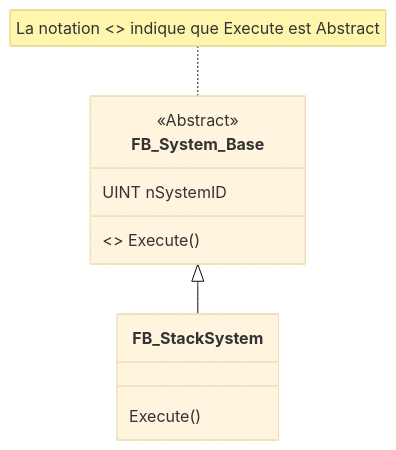
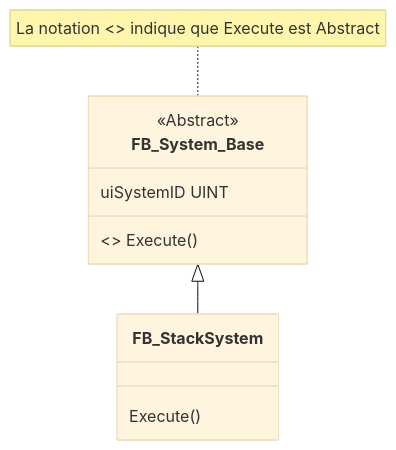
Before and after one commit to hei-synd-aaut/aaut-docs: the seventh of 8 diagrams in AAut_MOD_01_IEC_61131_OOP_Introduction/README Reference.md, drawn with Mermaid (base theme). The commit also changed other lines of this file and 12 other files, not shown here.

````diff
--- a/AAut_MOD_01_IEC_61131_OOP_Introduction/README Reference.md
+++ b/AAut_MOD_01_IEC_61131_OOP_Introduction/README Reference.md
@@ -1006,16 +1006,16 @@
 ```mermaid
 classDiagram
     class FB_System_Base {
-        UINT nSystemID
+        uiSystemID UINT 
         <<Abstract>> Execute()
     }
     <<Abstract>> FB_System_Base
 
     class FB_StackSystem {
         Execute()
     }
 
     FB_System_Base <|-- FB_StackSystem
 
 note for FB_System_Base "La notation <> indique que Execute est Abstract"    
 ```
````
